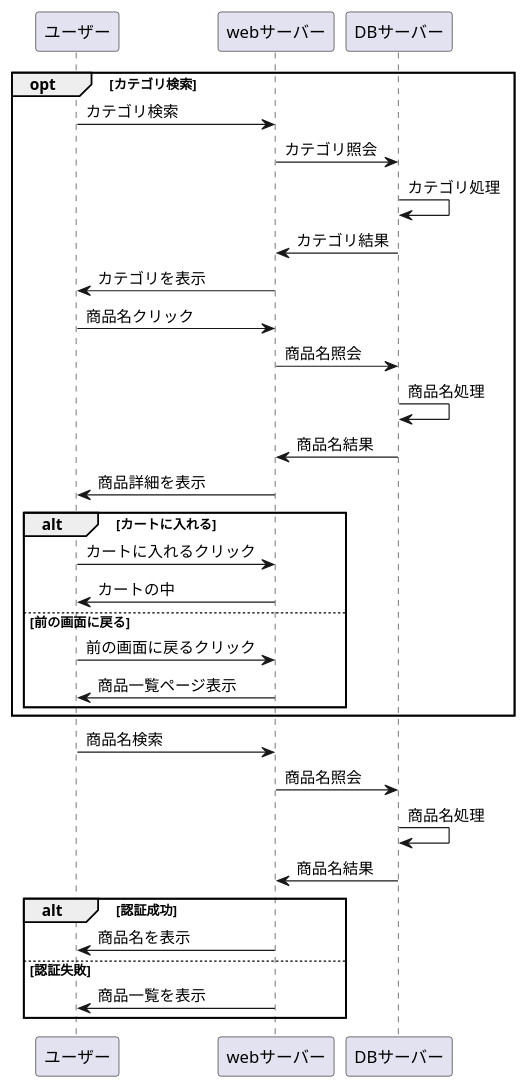
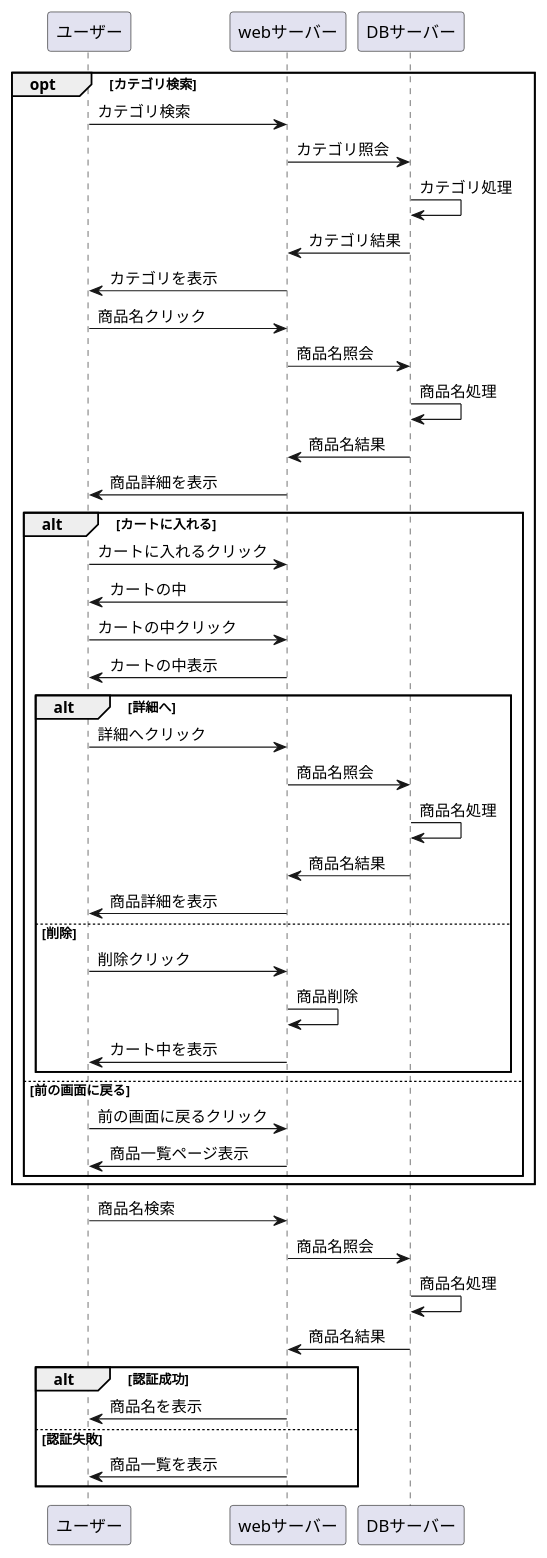
One commit to Aso2001403/2021sys-design changed the diagram in myHP/gh-kounyuu-.md. Above: the diagram before and after it, drawn with PlantUML.

````diff
--- a/myHP/gh-kounyuu-.md
+++ b/myHP/gh-kounyuu-.md
@@ -1,36 +1,50 @@
 ```uml
 @startuml
 opt カテゴリ検索
 ユーザー -> webサーバー :カテゴリ検索
 webサーバー -> DBサーバー : カテゴリ照会
 DBサーバー -> DBサーバー : カテゴリ処理
 DBサーバー -> webサーバー : カテゴリ結果
 webサーバー -> ユーザー : カテゴリを表示
 ユーザー -> webサーバー : 商品名クリック
 webサーバー -> DBサーバー : 商品名照会
 DBサーバー -> DBサーバー : 商品名処理
 DBサーバー -> webサーバー : 商品名結果
 webサーバー -> ユーザー : 商品詳細を表示
 
 alt カートに入れる
  ユーザー -> webサーバー :カートに入れるクリック
  webサーバー -> ユーザー:カートの中
+ ユーザー -> webサーバー : カートの中クリック
+ webサーバー -> ユーザー : カートの中表示
+
+ alt 詳細へ
+ユーザー -> webサーバー : 詳細へクリック
+webサーバー -> DBサーバー : 商品名照会
+DBサーバー -> DBサーバー : 商品名処理
+DBサーバー -> webサーバー : 商品名結果
+webサーバー -> ユーザー : 商品詳細を表示
+ else 削除
+ユーザー -> webサーバー : 削除クリック
+webサーバー -> webサーバー : 商品削除
+webサーバー -> ユーザー : カート中を表示
+ end
  else 前の画面に戻る
  ユーザー -> webサーバー :前の画面に戻るクリック
  webサーバー -> ユーザー:商品一覧ページ表示
  end
 end
 
 ユーザー -> webサーバー : 商品名検索
 webサーバー -> DBサーバー : 商品名照会
 DBサーバー -> DBサーバー : 商品名処理
 DBサーバー -> webサーバー : 商品名結果
 
 alt 認証成功
 webサーバー -> ユーザー : 商品名を表示
 else 認証失敗
 webサーバー -> ユーザー : 商品一覧を表示
 end
 
 @enduml
 ```
````
